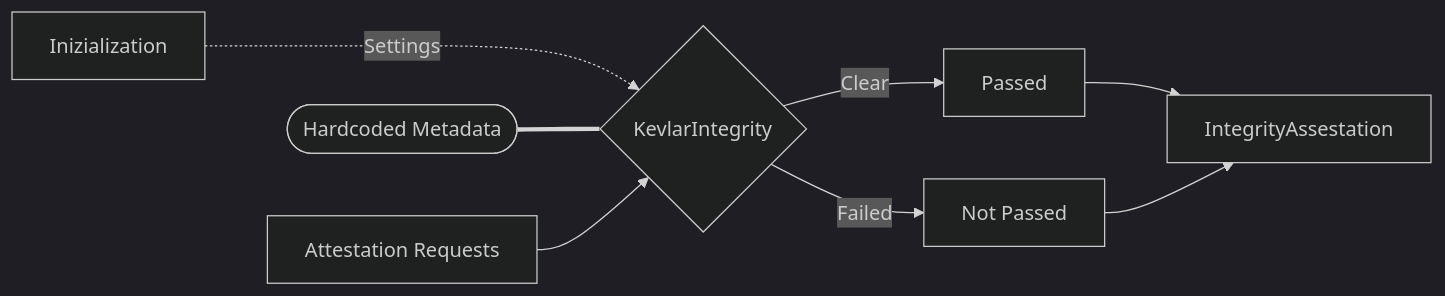
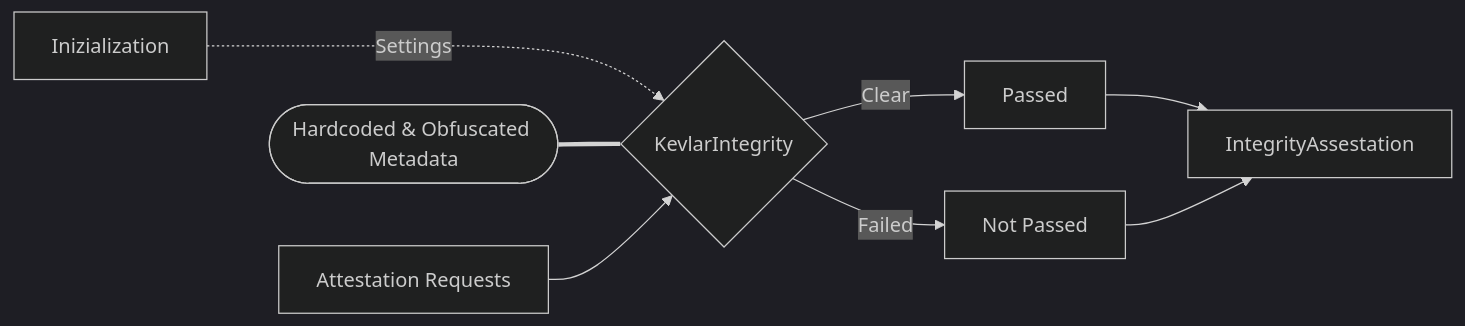
One commit to kevlar-kt/kevlar changed the diagram in docs/pages/modules/integrity/integrity.md. Above: the diagram before and after it, drawn with Mermaid (dark theme). The commit also changed other lines of this file and 14 other files, not shown here.

````diff
--- a/docs/pages/modules/integrity/integrity.md
+++ b/docs/pages/modules/integrity/integrity.md
@@ -3,10 +3,10 @@
 ``` mermaid
 graph LR
   I[Inizialization] -.Settings..-> K{KevlarIntegrity};
-  DB([Hardcoded Metadata]) === K
+  DB([Hardcoded & Obfuscated Metadata]) === K
   AR1[Attestation Requests] --> K
   K --> |Clear| P[Passed];
   K --> |Failed| NP[Not Passed];
   P --> A[IntegrityAssestation]
   NP --> A
 ```
````
